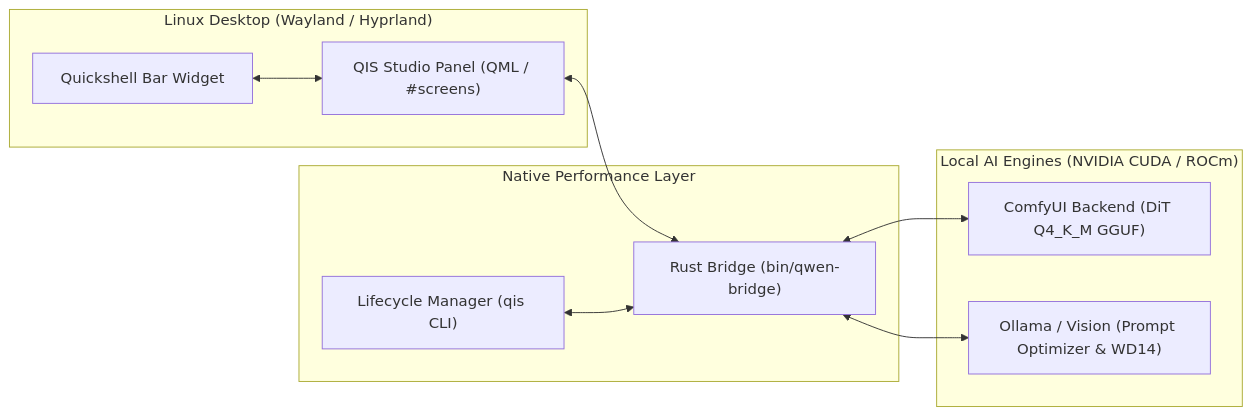
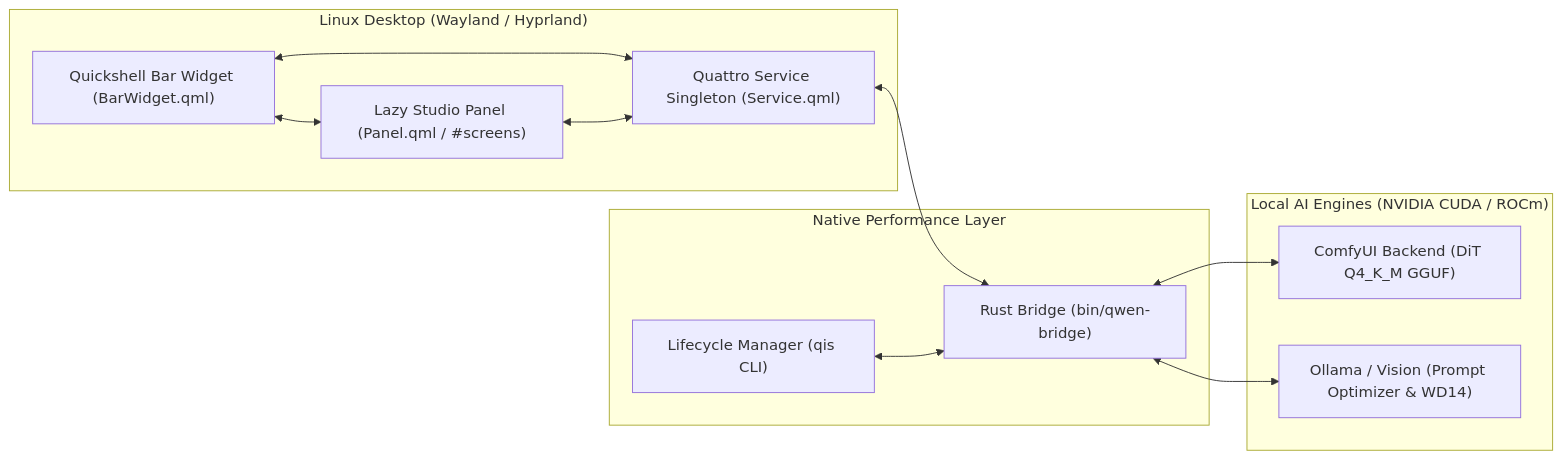
One commit to simonezpx3/omarchy-qwenimage changed the diagram in README.md. Above: the diagram before and after it, drawn with Mermaid. The commit also changed other lines of this file and 5 other files, not shown here.

````diff
--- a/README.md
+++ b/README.md
@@ -23,23 +23,26 @@
 ```mermaid
 graph LR
     subgraph UI ["Linux Desktop (Wayland / Hyprland)"]
-        Bar["Quickshell Bar Widget"]
-        Panel["QIS Studio Panel (QML / #screens)"]
+        Bar["Quickshell Bar Widget (BarWidget.qml)"]
+        Service["Quattro Service Singleton (Service.qml)"]
+        Panel["Lazy Studio Panel (Panel.qml / #screens)"]
     end
 
     subgraph Core ["Native Performance Layer"]
         Bridge["Rust Bridge (bin/qwen-bridge)"]
         CLI["Lifecycle Manager (qis CLI)"]
     end
 
     subgraph Backend ["Local AI Engines (NVIDIA CUDA / ROCm)"]
         Comfy["ComfyUI Backend (DiT Q4_K_M GGUF)"]
         Ollama["Ollama / Vision (Prompt Optimizer & WD14)"]
     end
 
+    Bar <--> Service
     Bar <--> Panel
-    Panel <--> Bridge
+    Panel <--> Service
+    Service <--> Bridge
     CLI <--> Bridge
     Bridge <--> Comfy
     Bridge <--> Ollama
 ```
````
